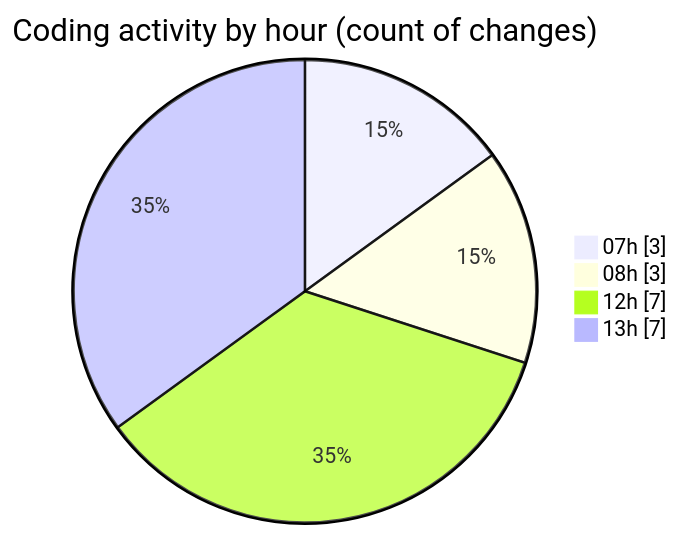
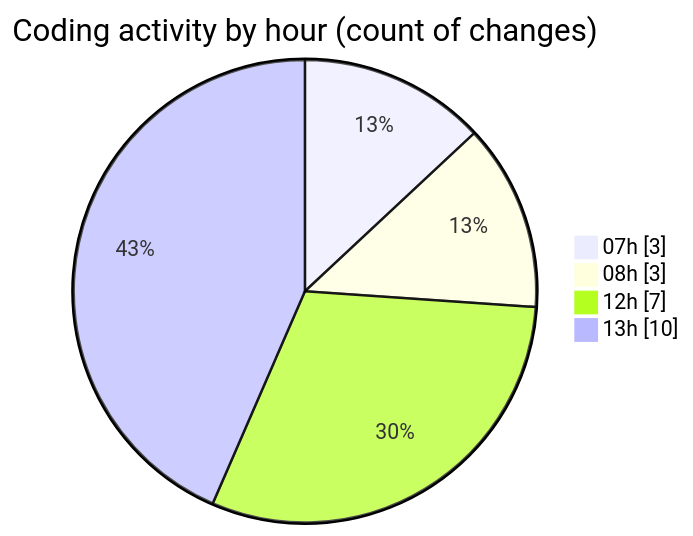
The second of 2 diagrams in 2025-04-28/c-masm/README.md (charlie-sans/code-tracking), drawn with Mermaid before and after one commit. The commit also changed other lines of this file and 1 other file, not shown here.

````diff
--- a/2025-04-28/c-masm/README.md
+++ b/2025-04-28/c-masm/README.md
@@ -42,8 +42,8 @@
 ```mermaid
 pie showData
 title Coding activity by hour (count of changes)
 "07h" : 3
 "08h" : 3
 "12h" : 7
-"13h" : 7
+"13h" : 10
 ```
````
